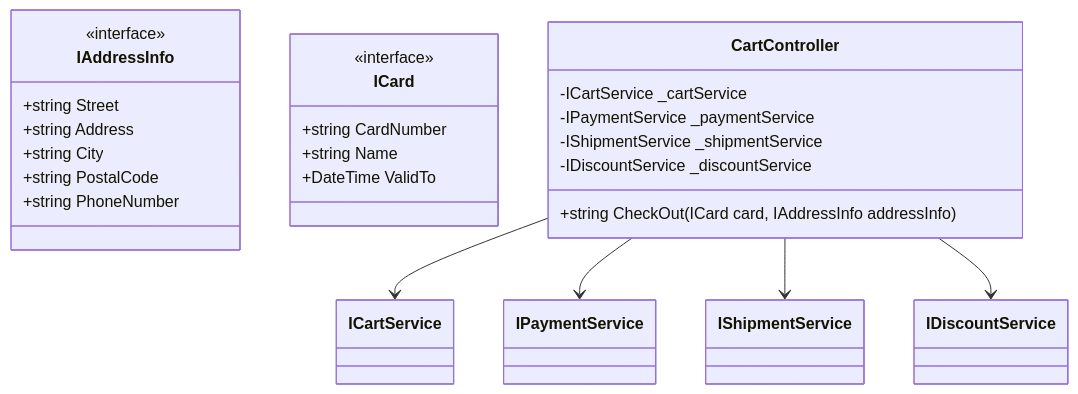
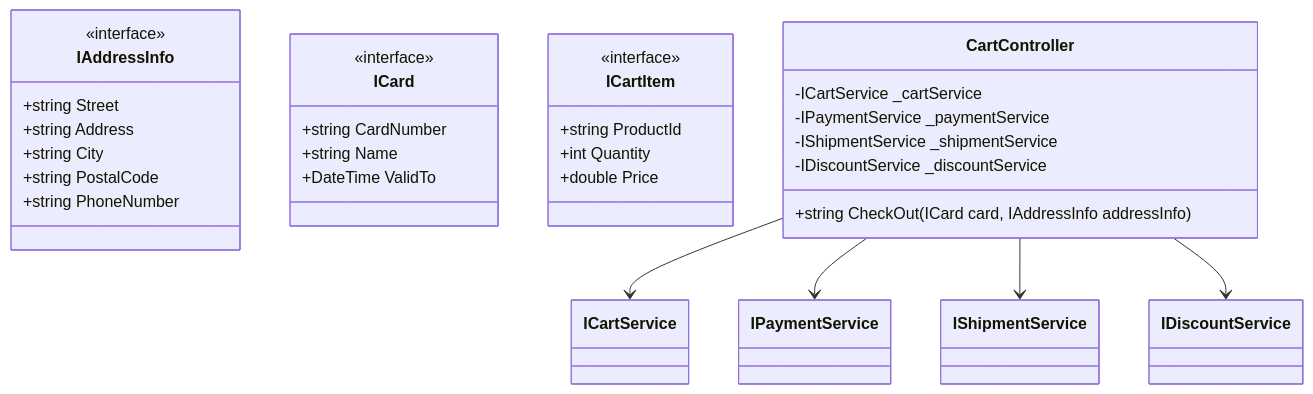
The diagram in disenio.md (UPT-FAING-EPIS/lab-2025-i-si784-u2-04-cs-nkmelndz), drawn with Mermaid before and after one commit.

Commit message:
disenio1

````diff
--- a/disenio.md
+++ b/disenio.md
@@ -3,35 +3,41 @@
 ```mermaid
 classDiagram
 
     %% Interfaces
     class IAddressInfo {
         <<interface>>
         +string Street
         +string Address
         +string City
         +string PostalCode
         +string PhoneNumber
     }
 
     class ICard {
         <<interface>>
         +string CardNumber
         +string Name
         +DateTime ValidTo
     }
+    class ICartItem {
+        <<interface>>
+        +string ProductId 
+        +int Quantity 
+        +double Price
+    }
 
     %% Controlador
     class CartController {
         -ICartService _cartService
         -IPaymentService _paymentService
         -IShipmentService _shipmentService
         -IDiscountService _discountService
         +string CheckOut(ICard card, IAddressInfo addressInfo)
     }
 
     %% Relaciones
     CartController --> ICartService
     CartController --> IPaymentService
     CartController --> IShipmentService
     CartController --> IDiscountService
 ```
````
